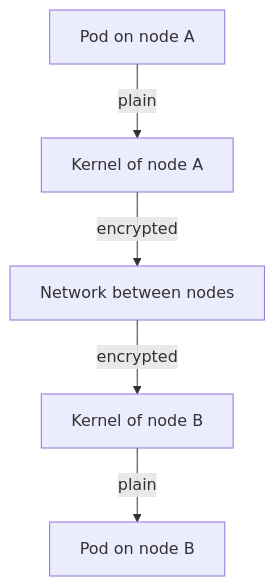
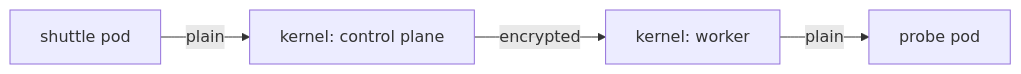
One commit to astrona-io/ATS034 changed the diagram in sections/section-040/module-03/course-01-what-cilium-encrypts.md. Above: the diagram before and after it, drawn with Mermaid. The commit also changed other lines of this file and 1006 other files, not shown here.

````diff
--- a/sections/section-040/module-03/course-01-what-cilium-encrypts.md
+++ b/sections/section-040/module-03/course-01-what-cilium-encrypts.md
@@ -37,7 +22,6 @@
 ```mermaid
-flowchart TB
-  A["Pod on node A"] -->|"plain"| B["Kernel of node A"]
-  B -->|"encrypted"| C["Network between nodes"]
-  C -->|"encrypted"| D["Kernel of node B"]
-  D -->|"plain"| E["Pod on node B"]
+flowchart LR
+  A["shuttle pod"] -->|"plain"| B["kernel: control plane"]
+  B -->|"encrypted"| C["kernel: worker"]
+  C -->|"plain"| D["probe pod"]
 ```
````
